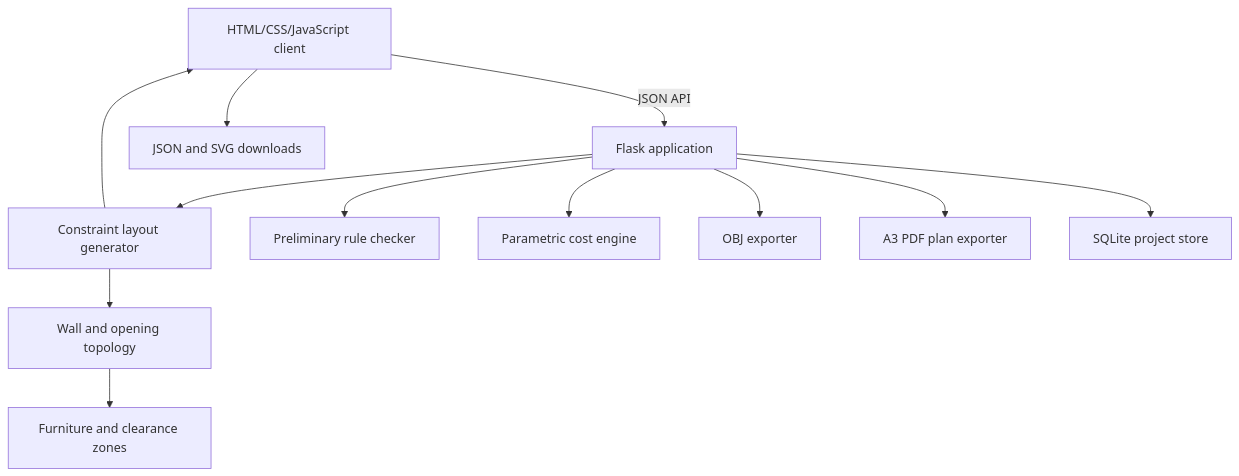
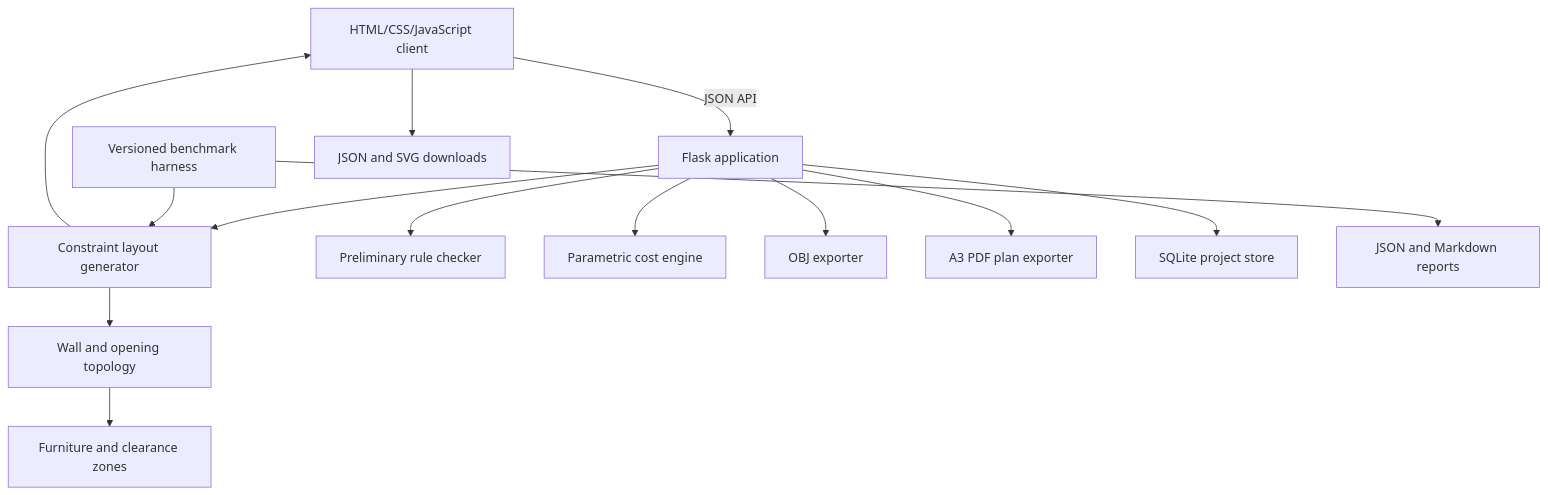
Before and after one commit to Shaurya-S0603/ArchAI: the diagram in docs/ARCHITECTURE.md, drawn with Mermaid. The commit also changed other lines of this file and 26 other files, not shown here.

````diff
--- a/docs/ARCHITECTURE.md
+++ b/docs/ARCHITECTURE.md
@@ -25,14 +25,16 @@
 ```mermaid
 flowchart TD
     Browser["HTML/CSS/JavaScript client"] -->|JSON API| Flask["Flask application"]
     Flask --> Generator["Constraint layout generator"]
     Generator --> Topology["Wall and opening topology"]
     Topology --> Zoning["Furniture and clearance zones"]
     Flask --> Checks["Preliminary rule checker"]
     Flask --> Cost["Parametric cost engine"]
     Flask --> Export["OBJ exporter"]
     Flask --> PlanSheet["A3 PDF plan exporter"]
     Flask --> Store["SQLite project store"]
     Generator --> Browser
+    Benchmark["Versioned benchmark harness"] --> Generator
+    Benchmark --> Reports["JSON and Markdown reports"]
     Browser --> Local["JSON and SVG downloads"]
 ```
````
